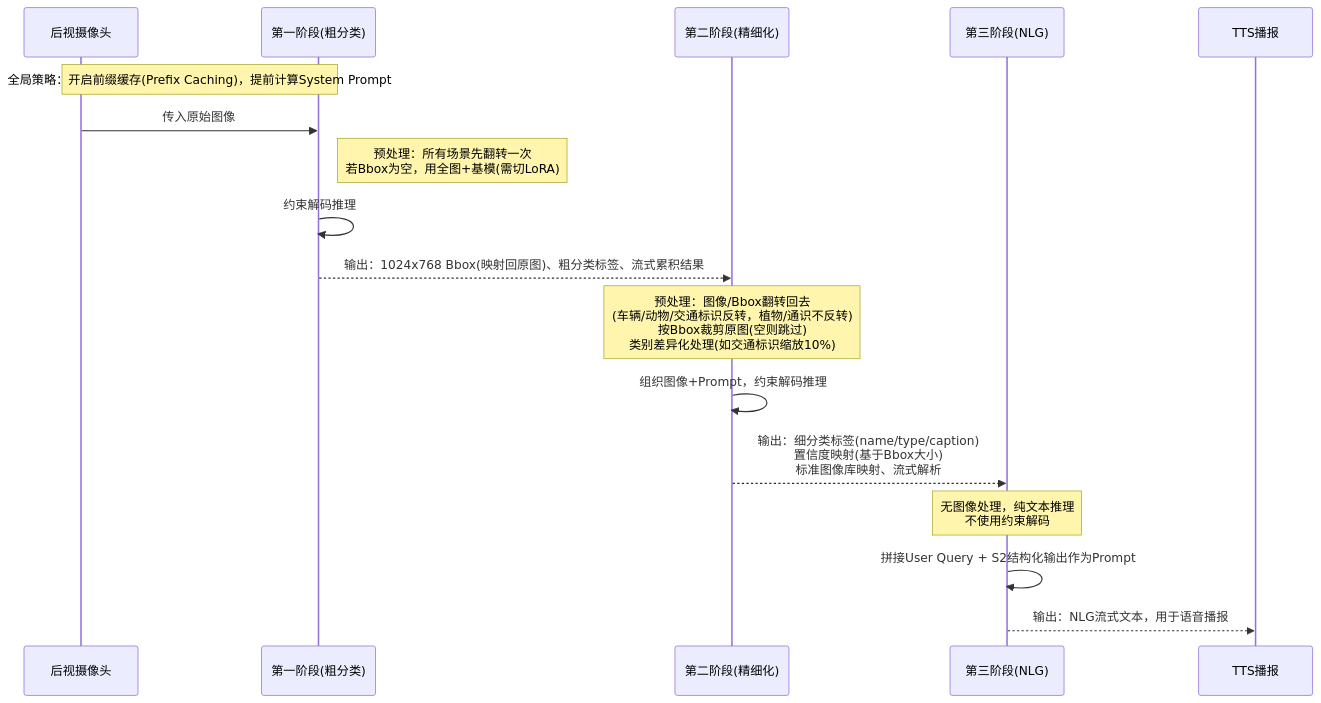
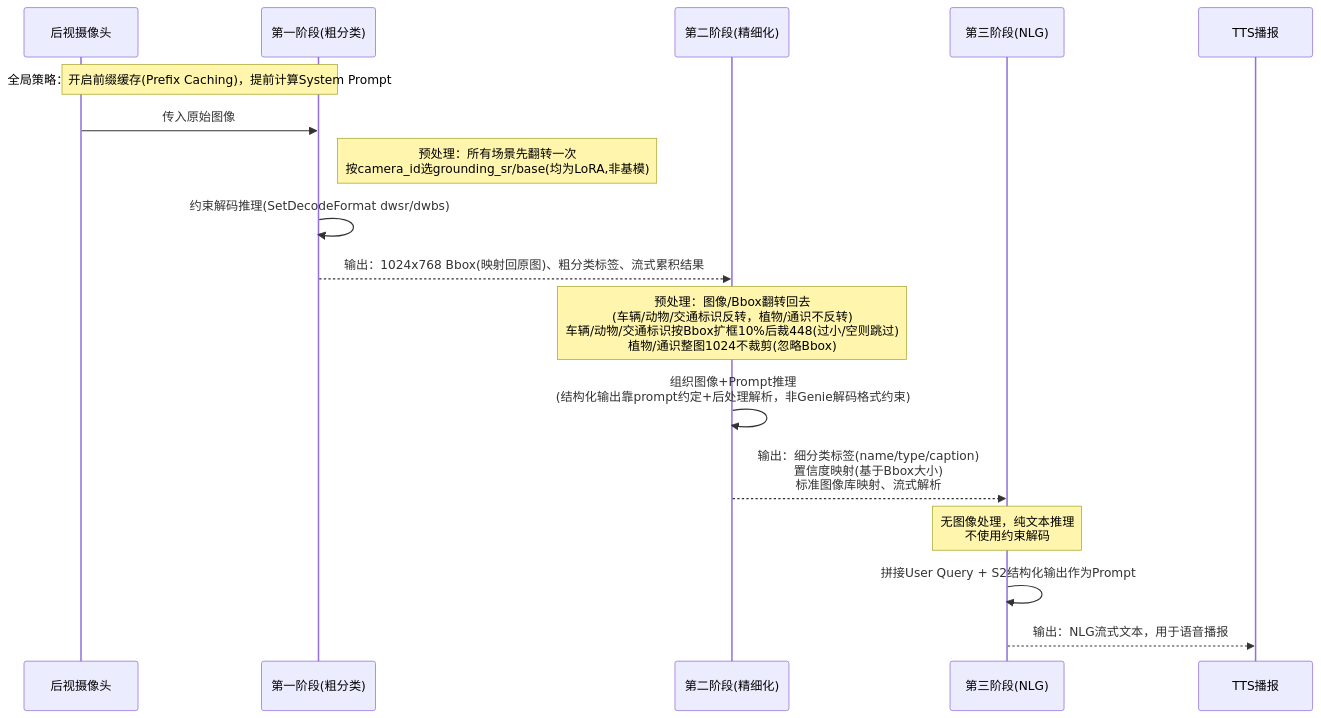
The third of 4 diagrams in cockpit/projects/lantu/genai-architecture.md (ranpin/edge-ai-docs), drawn with Mermaid before and after one commit. The commit also changed other lines of this file and 12 other files, not shown here.

````diff
--- a/cockpit/projects/lantu/genai-architecture.md
+++ b/cockpit/projects/lantu/genai-architecture.md
@@ -232,23 +256,23 @@
 ```mermaid
 sequenceDiagram
     participant Cam as 后视摄像头
     participant S1 as 第一阶段(粗分类)
     participant S2 as 第二阶段(精细化)
     participant S3 as 第三阶段(NLG)
     participant TTS as TTS播报
 
     Note over Cam,S1: 全局策略：开启前缀缓存(Prefix Caching)，提前计算System Prompt
 
     Cam->>S1: 传入原始图像
-    Note right of S1: 预处理：所有场景先翻转一次<br/>若Bbox为空，用全图+基模(需切LoRA)
-    S1->>S1: 约束解码推理
+    Note right of S1: 预处理：所有场景先翻转一次<br/>按camera_id选grounding_sr/base(均为LoRA,非基模)
+    S1->>S1: 约束解码推理(SetDecodeFormat dwsr/dwbs)
     S1-->>S2: 输出：1024x768 Bbox(映射回原图)、粗分类标签、流式累积结果
 
-    Note over S2: 预处理：图像/Bbox翻转回去<br/>(车辆/动物/交通标识反转，植物/通识不反转)<br/>按Bbox裁剪原图(空则跳过)<br/>类别差异化处理(如交通标识缩放10%)
-    S2->>S2: 组织图像+Prompt，约束解码推理
+    Note over S2: 预处理：图像/Bbox翻转回去<br/>(车辆/动物/交通标识反转，植物/通识不反转)<br/>车辆/动物/交通标识按Bbox扩框10%后裁448(过小/空则跳过)<br/>植物/通识整图1024不裁剪(忽略Bbox)
+    S2->>S2: 组织图像+Prompt推理<br/>(结构化输出靠prompt约定+后处理解析，非Genie解码格式约束)
     S2-->>S3: 输出：细分类标签(name/type/caption)<br/>置信度映射(基于Bbox大小)<br/>标准图像库映射、流式解析
 
     Note over S3: 无图像处理，纯文本推理<br/>不使用约束解码
     S3->>S3: 拼接User Query + S2结构化输出作为Prompt
     S3-->>TTS: 输出：NLG流式文本，用于语音播报
 ```
````
